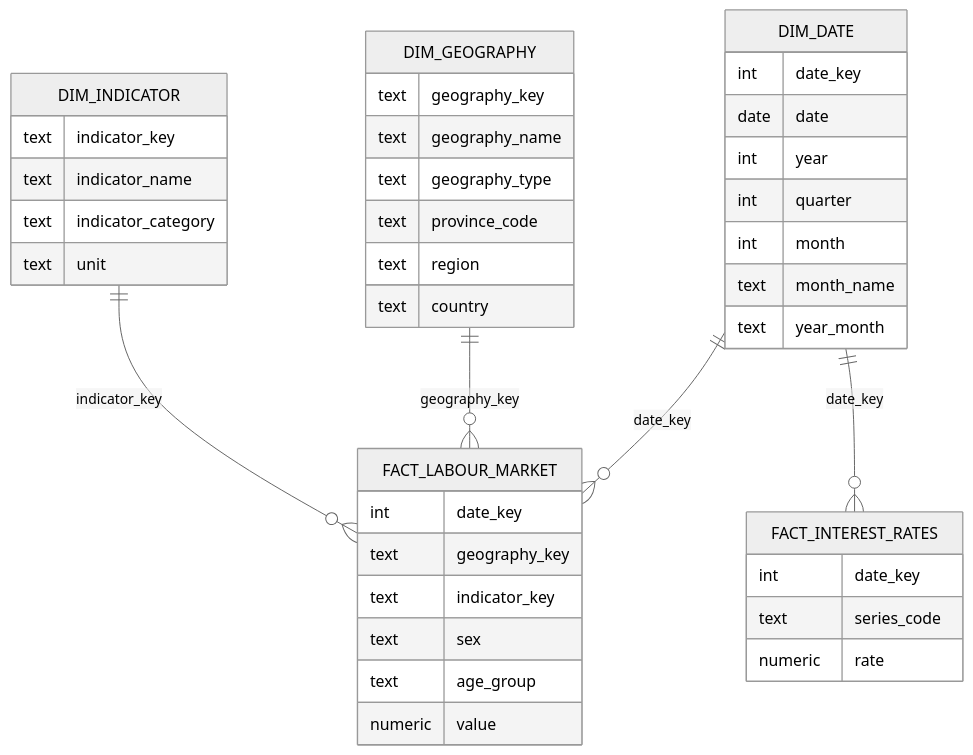
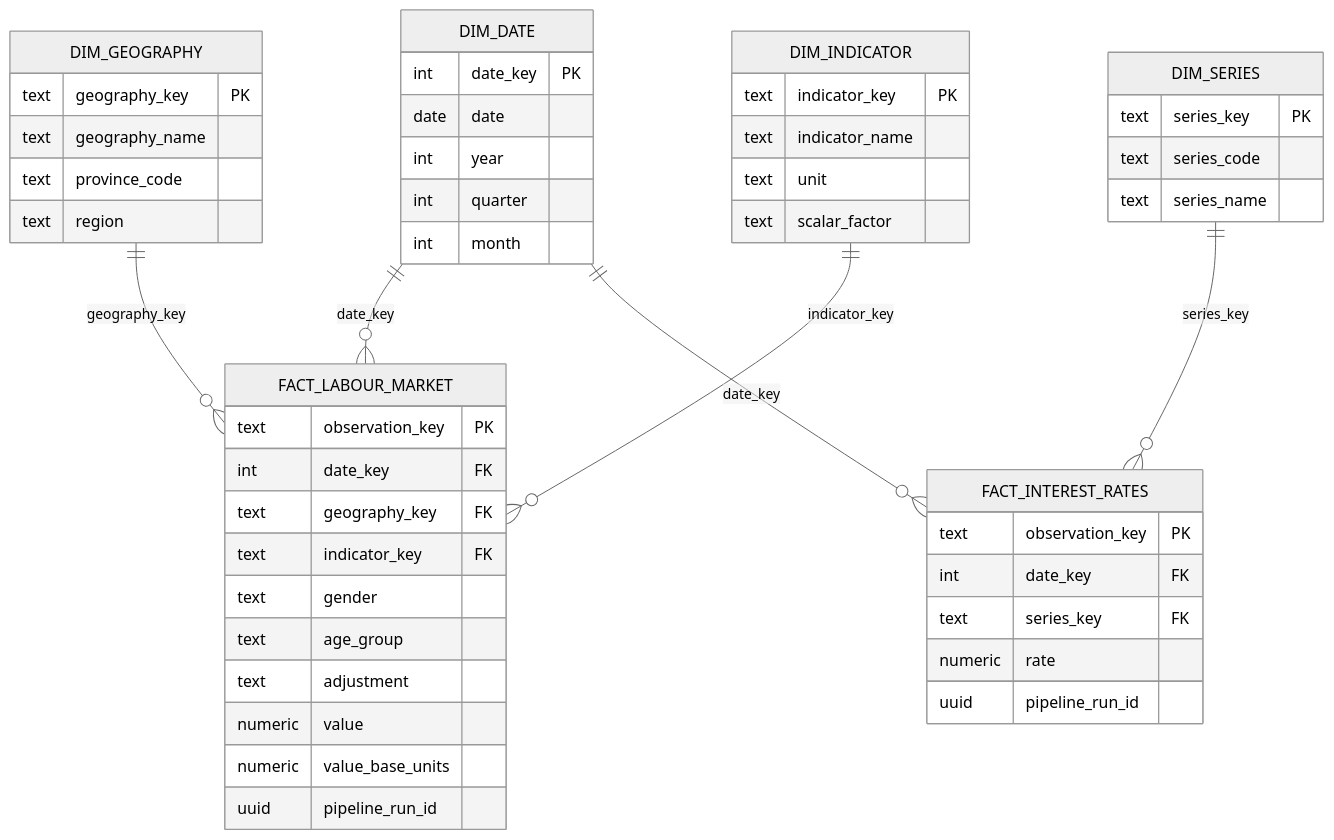
The diagram in docs/data-model.md (sarbzcode/CanadaPulse), drawn with Mermaid (neutral theme) before and after one commit. The commit also changed other lines of this file and 120 other files, not shown here.

````diff
--- a/docs/data-model.md
+++ b/docs/data-model.md
@@ -60,48 +55,51 @@
 ```mermaid
 erDiagram
     DIM_DATE ||--o{ FACT_LABOUR_MARKET : date_key
     DIM_GEOGRAPHY ||--o{ FACT_LABOUR_MARKET : geography_key
     DIM_INDICATOR ||--o{ FACT_LABOUR_MARKET : indicator_key
     DIM_DATE ||--o{ FACT_INTEREST_RATES : date_key
-
+    DIM_SERIES ||--o{ FACT_INTEREST_RATES : series_key
     DIM_DATE {
-        int date_key
+        int date_key PK
         date date
         int year
         int quarter
         int month
-        text month_name
-        text year_month
     }
-
     DIM_GEOGRAPHY {
-        text geography_key
+        text geography_key PK
         text geography_name
-        text geography_type
         text province_code
         text region
-        text country
     }
-
     DIM_INDICATOR {
-        text indicator_key
+        text indicator_key PK
         text indicator_name
-        text indicator_category
         text unit
+        text scalar_factor
     }
-
     FACT_LABOUR_MARKET {
-        int date_key
-        text geography_key
-        text indicator_key
-        text sex
+        text observation_key PK
+        int date_key FK
+        text geography_key FK
+        text indicator_key FK
+        text gender
         text age_group
+        text adjustment
         numeric value
+        numeric value_base_units
+        uuid pipeline_run_id
     }
-
+    DIM_SERIES {
+        text series_key PK
+        text series_code
+        text series_name
+    }
     FACT_INTEREST_RATES {
-        int date_key
-        text series_code
+        text observation_key PK
+        int date_key FK
+        text series_key FK
         numeric rate
+        uuid pipeline_run_id
     }
 ```
````
